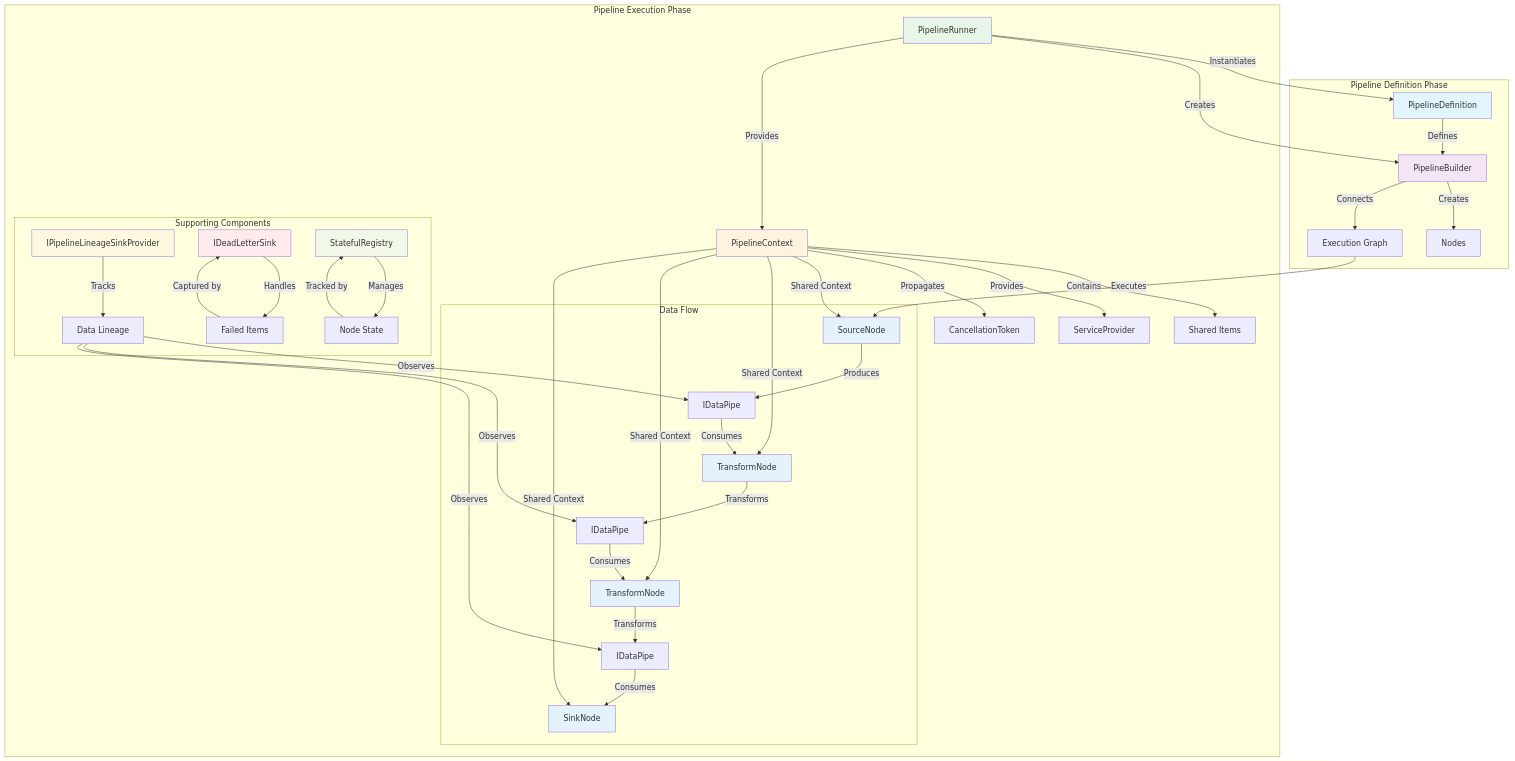
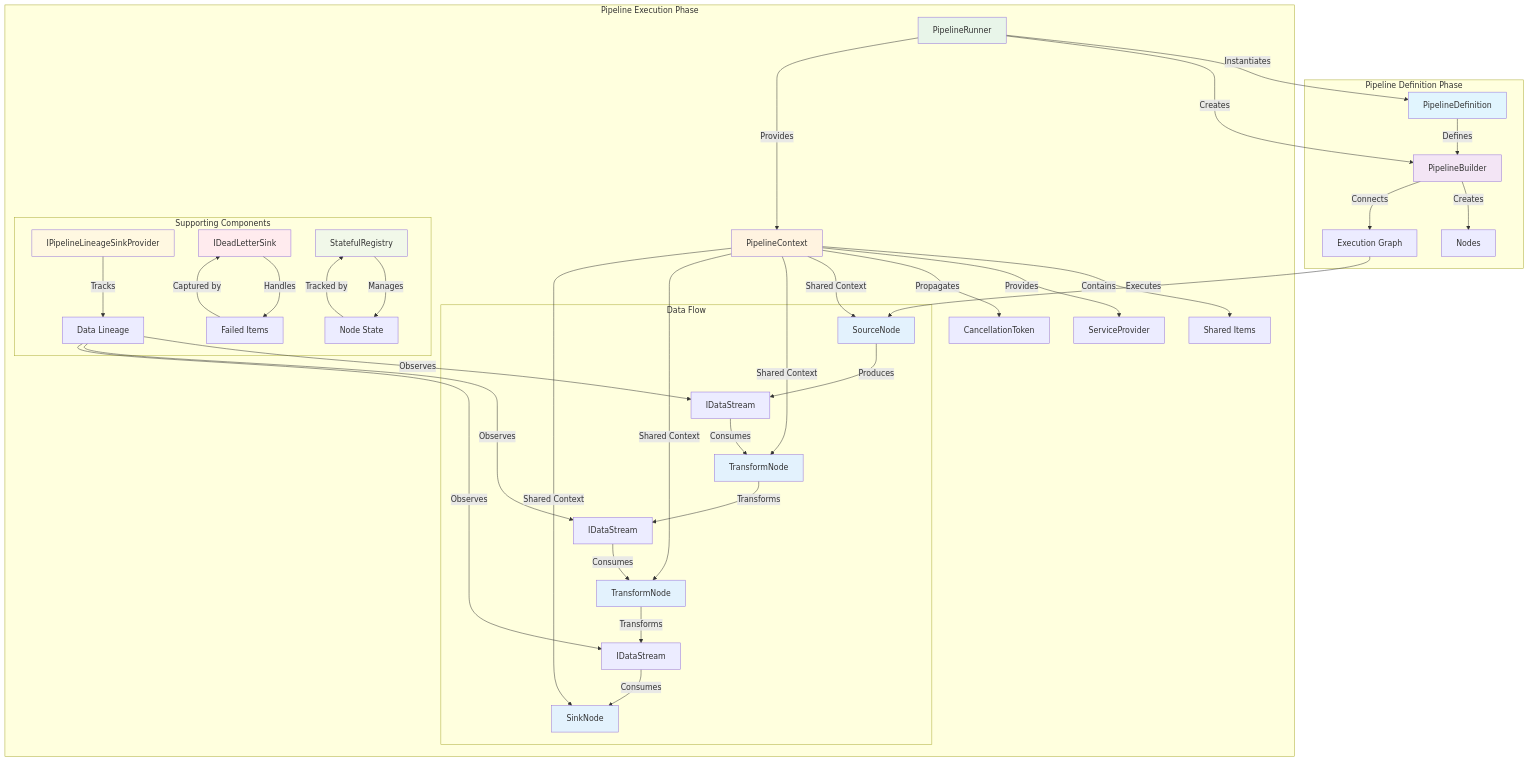
One commit to npipeline/npipeline.dev changed the diagram in docs/architecture/index.md. Above: the diagram before and after it, drawn with Mermaid. The commit also changed other lines of this file and 87 other files, not shown here.

````diff
--- a/docs/architecture/index.md
+++ b/docs/architecture/index.md
@@ -150,57 +150,57 @@
 ```mermaid
 graph TD
     subgraph "Pipeline Definition Phase"
         PD[PipelineDefinition] -->|Defines| PB[PipelineBuilder]
         PB -->|Creates| Nodes[Nodes]
         PB -->|Connects| Graph[Execution Graph]
     end
 
     subgraph "Pipeline Execution Phase"
         PR[PipelineRunner] -->|Instantiates| PD
         PR -->|Creates| PB
         PR -->|Provides| PC[PipelineContext]
         PC -->|Contains| Items[Shared Items]
         PC -->|Provides| SP[ServiceProvider]
         PC -->|Propagates| CT[CancellationToken]
 
         subgraph "Data Flow"
-            SN[SourceNode] -->|Produces| DP1[IDataPipe<T>]
+            SN[SourceNode] -->|Produces| DP1[IDataStream<T>]
             DP1 -->|Consumes| TN1[TransformNode]
-            TN1 -->|Transforms| DP2[IDataPipe<TOut>]
+            TN1 -->|Transforms| DP2[IDataStream<TOut>]
             DP2 -->|Consumes| TN2[TransformNode]
-            TN2 -->|Transforms| DP3[IDataPipe<TOut2>]
+            TN2 -->|Transforms| DP3[IDataStream<TOut2>]
             DP3 -->|Consumes| SK[SinkNode]
         end
 
         subgraph "Supporting Components"
             PLSP[IPipelineLineageSinkProvider] -->|Tracks| Lineage[Data Lineage]
             DLS[IDeadLetterSink] -->|Handles| FailedItems[Failed Items]
             SR[StatefulRegistry] -->|Manages| State[Node State]
         end
     end
 
     Graph -->|Executes| SN
     PC -->|Shared Context| SN
     PC -->|Shared Context| TN1
     PC -->|Shared Context| TN2
     PC -->|Shared Context| SK
 
     Lineage -->|Observes| DP1
     Lineage -->|Observes| DP2
     Lineage -->|Observes| DP3
 
     FailedItems -->|Captured by| DLS
     State -->|Tracked by| SR
 
     style PD fill:#e1f5fe
     style PB fill:#f3e5f5
     style PR fill:#e8f5e9
     style PC fill:#fff3e0
     style SN fill:#e3f2fd
     style TN1 fill:#e3f2fd
     style TN2 fill:#e3f2fd
     style SK fill:#e3f2fd
     style PLSP fill:#fff8e1
     style DLS fill:#ffebee
     style SR fill:#f1f8e9
 ```
````
